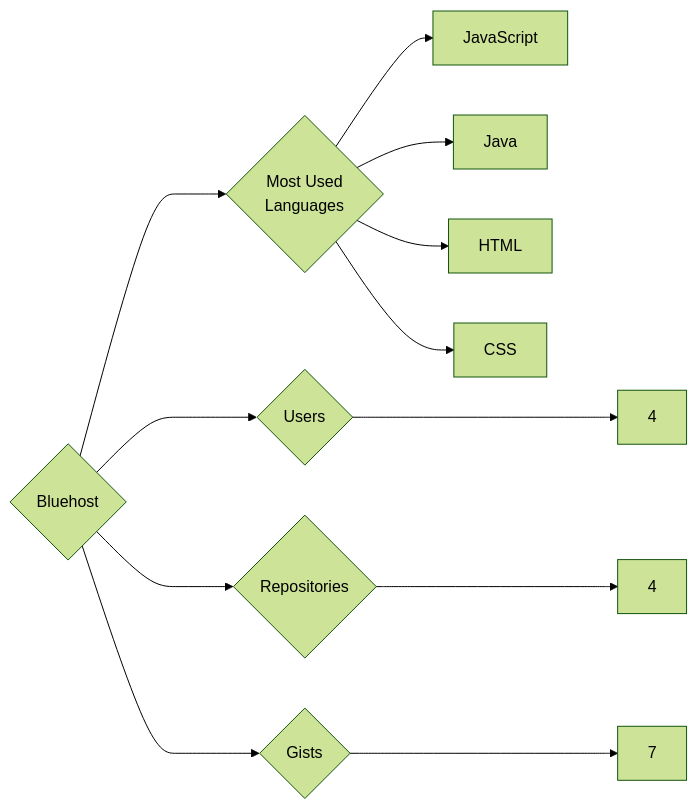
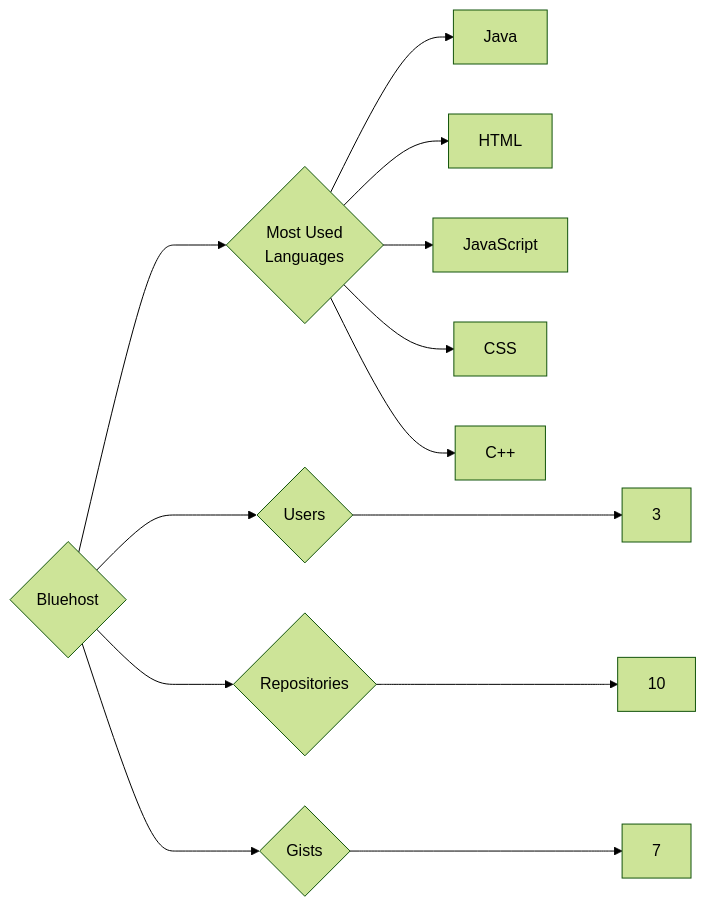
One commit to trickest/insiders changed the diagram in targets/Bluehost/README.md. Above: the diagram before and after it, drawn with Mermaid (forest theme). The commit also changed 942 other files, not shown here.

````diff
--- a/targets/Bluehost/README.md
+++ b/targets/Bluehost/README.md
@@ -3,12 +3,13 @@
 ```mermaid
 graph LR
 COMPANY_NAME{Bluehost}
-COMPANY_NAME ---> U{Users} ---> UN[4]
-COMPANY_NAME ---> R{Repositories} ---> RN[4]
+COMPANY_NAME ---> U{Users} ---> UN[3]
+COMPANY_NAME ---> R{Repositories} ---> RN[10]
 COMPANY_NAME ---> G{Gists} ---> GN[7]
 COMPANY_NAME ---> ML{Most Used<br>Languages}
-ML --> JavaScript[JavaScript]
 ML --> Java[Java]
 ML --> HTML[HTML]
+ML --> JavaScript[JavaScript]
 ML --> CSS[CSS]
+ML --> C++[C++]
 ```
````
